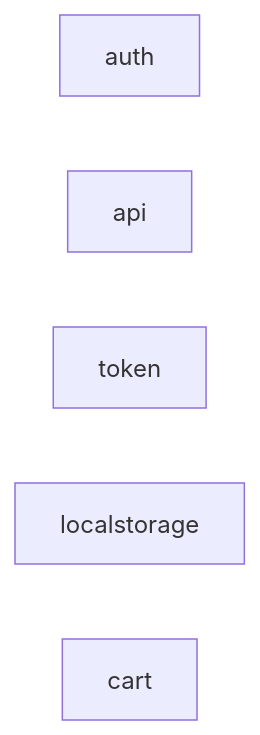
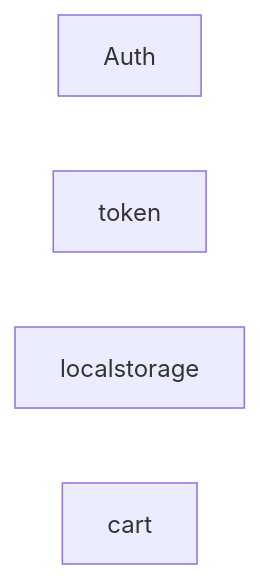
Before and after one commit to MattisZheng/e-commerce: the first of 3 diagrams in README.md, drawn with Mermaid. The commit also changed 13 other files, not shown here.

````diff
--- a/README.md
+++ b/README.md
@@ -25,10 +25,11 @@
 ```mermaid
 flowchart LR
 
-auth
-api
+auth[Auth]
 token
 localstorage
 cart
 
+
+
 ```
````
